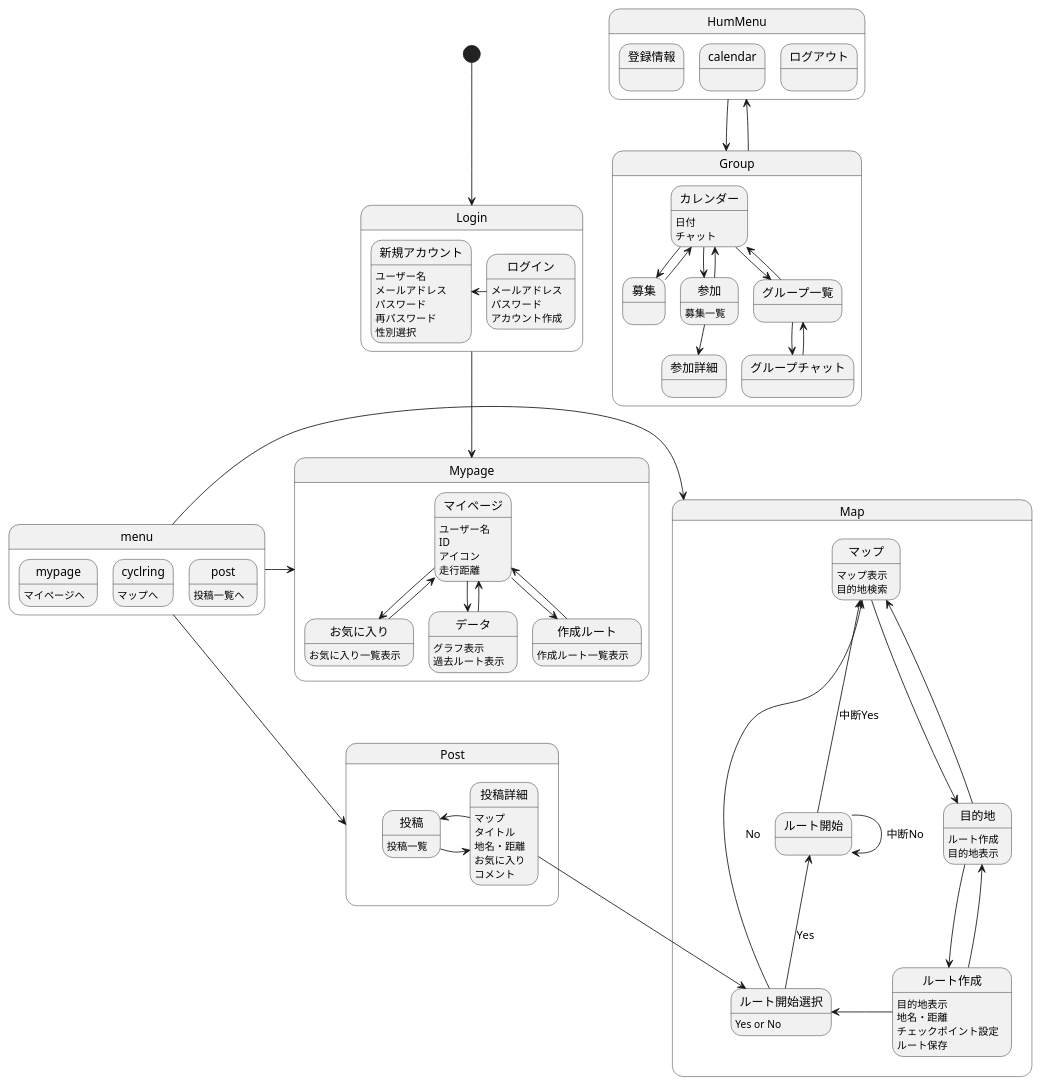
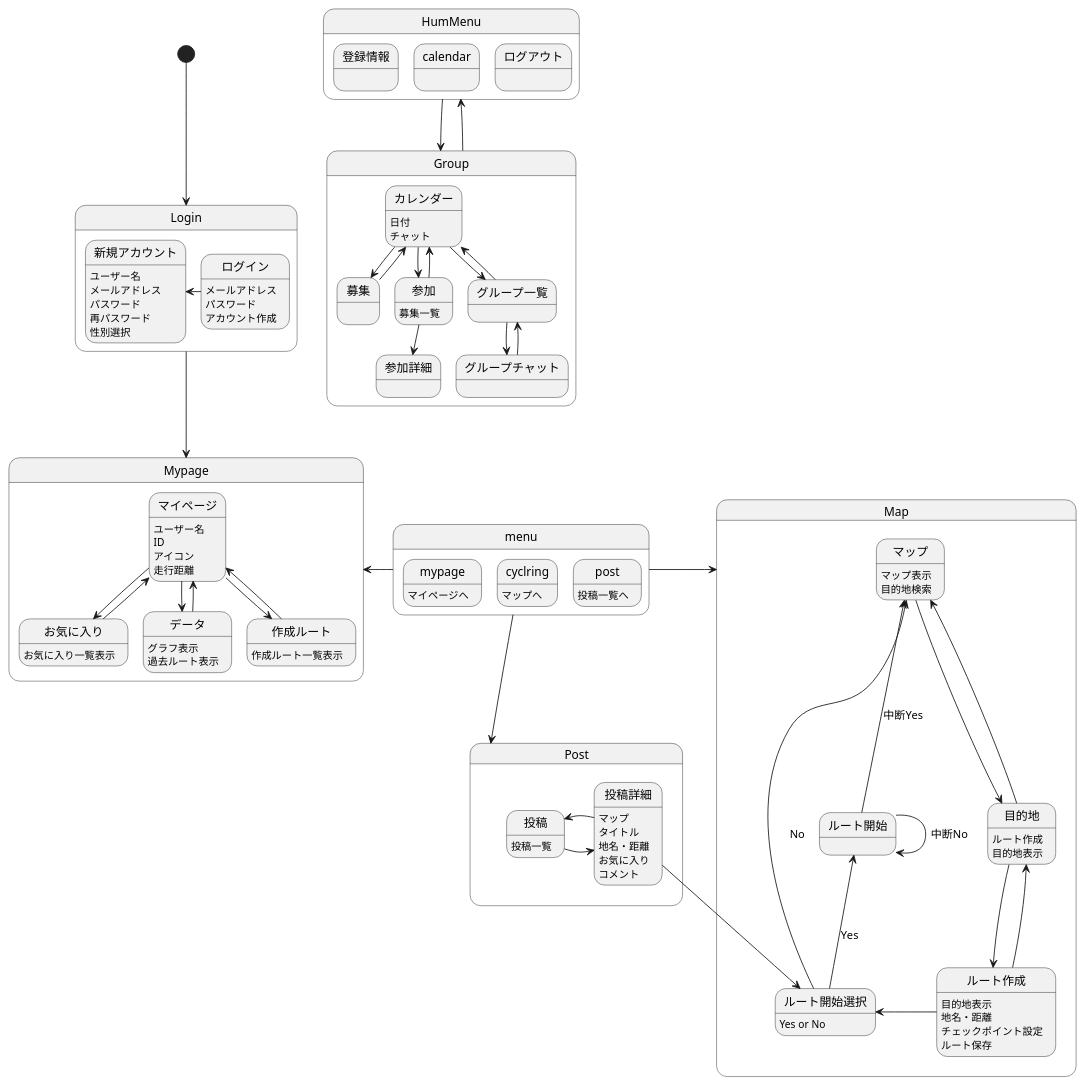
Before and after one commit to AsoSD3A3/CyclingSystem: the diagram in 画面遷移図/gm.md, drawn with PlantUML.

```diff
--- a/画面遷移図/gm.md
+++ b/画面遷移図/gm.md
@@ -32,8 +32,8 @@
 参加-->参加詳細
 }
 
-menu-right->Mypage
-menu-left->Map
+menu-left->Mypage
+menu-right->Map
 menu-down->Post
 
 [*]-down->Login
```
